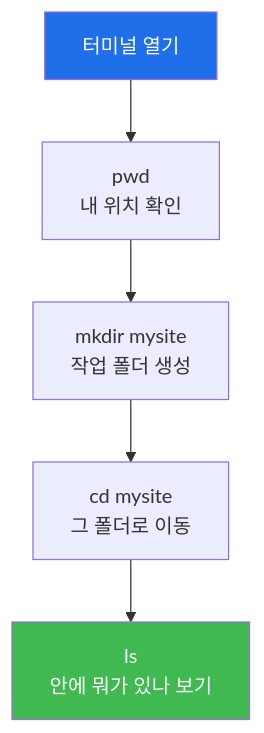
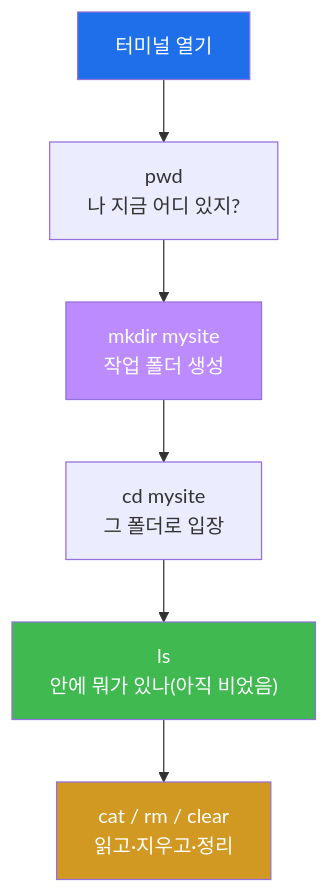
Before and after one commit to mrgrit/easy_web_hacking_class: the third of 6 diagrams in contents/training/lecture_week02.md, drawn with Mermaid. The commit also changed other lines of this file and 23 other files, not shown here.

````diff
--- a/contents/training/lecture_week02.md
+++ b/contents/training/lecture_week02.md
@@ -86,9 +283,14 @@
 ```mermaid
-graph TD
-    A["터미널 열기"] --> B["pwd<br/>내 위치 확인"]
-    B --> C["mkdir mysite<br/>작업 폴더 생성"]
-    C --> D["cd mysite<br/>그 폴더로 이동"]
-    D --> E["ls<br/>안에 뭐가 있나 보기"]
+graph TB
+    A["터미널 열기"]
+    B["pwd<br/>나 지금 어디 있지?"]
+    C["mkdir mysite<br/>작업 폴더 생성"]
+    D["cd mysite<br/>그 폴더로 입장"]
+    E["ls<br/>안에 뭐가 있나(아직 비었음)"]
+    F["cat / rm / clear<br/>읽고·지우고·정리"]
+    A --> B --> C --> D --> E --> F
     style A fill:#1f6feb,color:#fff
+    style C fill:#bc8cff,color:#fff
     style E fill:#3fb950,color:#fff
+    style F fill:#d29922,color:#fff
 ```
````
